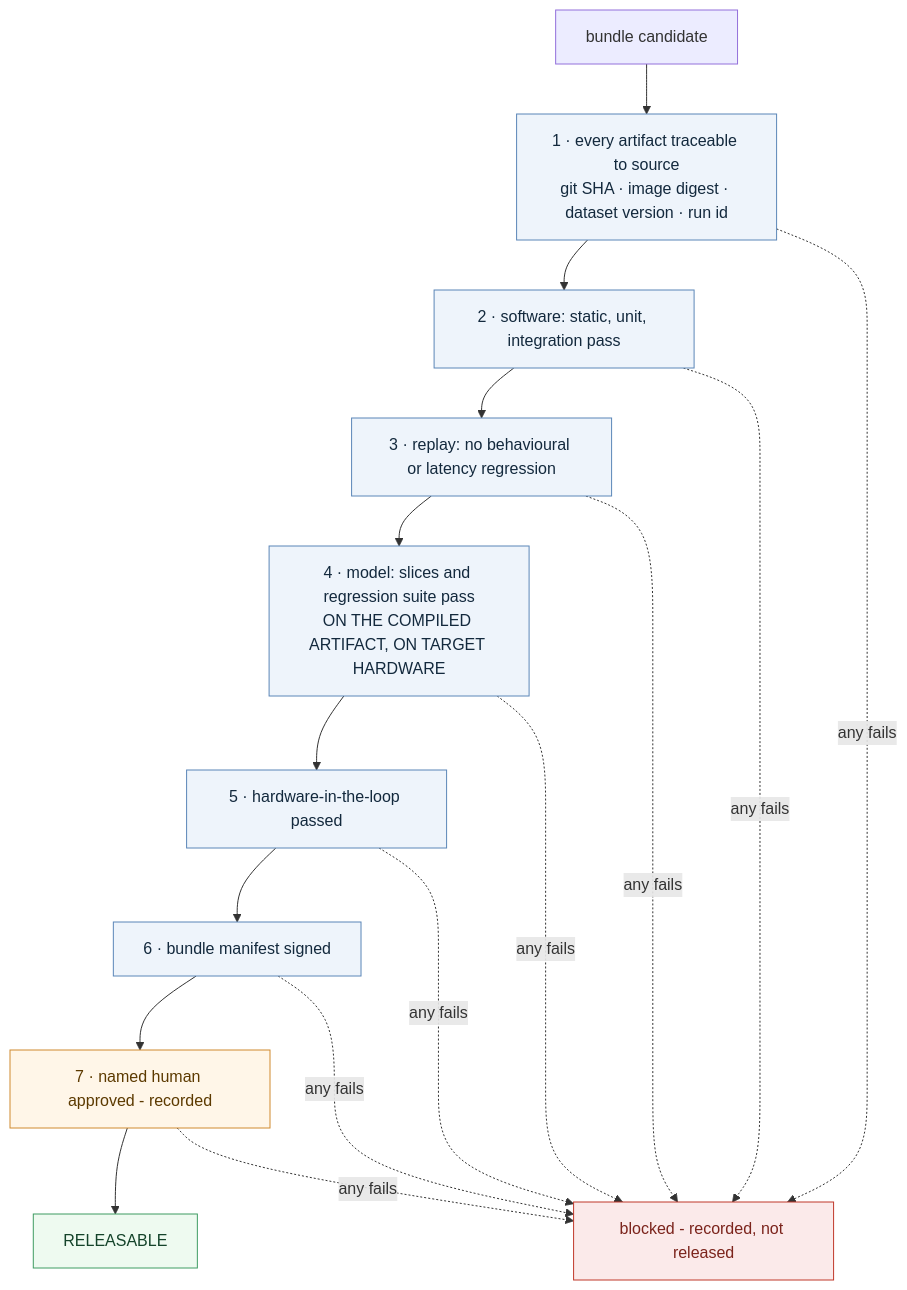
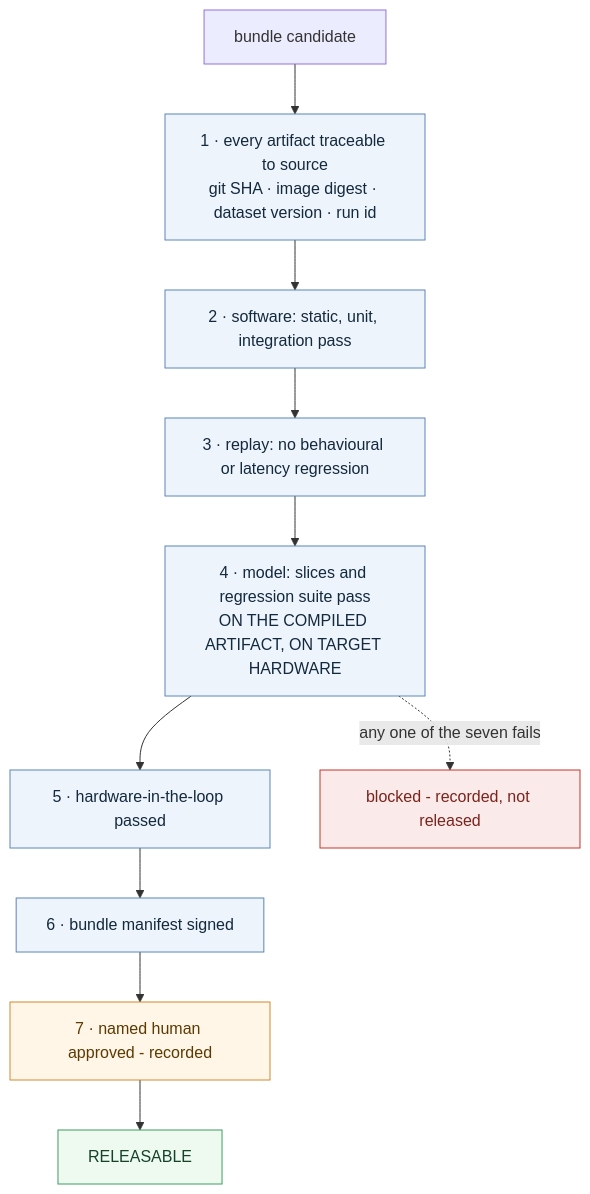
Before and after one commit to nakshatravyas/zensomy-data-flywheel: the second of 2 diagrams in .site/docs/design-document.md, drawn with Mermaid. The commit also changed other lines of this file and 1 other file, not shown here.

Commit message:
Design document: plainer wording in nine places, simpler gate diagram

````diff
--- a/.site/docs/design-document.md
+++ b/.site/docs/design-document.md
@@ -237,25 +237,25 @@
 ```mermaid
 graph TB
     B["bundle candidate"]
     C1["1 · every artifact traceable to source<br/>git SHA · image digest · dataset version · run id"]
     C2["2 · software: static, unit, integration pass"]
     C3["3 · replay: no behavioural or latency regression"]
     C4["4 · model: slices and regression suite pass<br/>ON THE COMPILED ARTIFACT, ON TARGET HARDWARE"]
     C5["5 · hardware-in-the-loop passed"]
     C6["6 · bundle manifest signed"]
     C7["7 · named human approved - recorded"]
     REL["RELEASABLE"]
     NO["blocked - recorded, not released"]
 
     B --> C1 --> C2 --> C3 --> C4 --> C5 --> C6 --> C7 --> REL
-    C1 & C2 & C3 & C4 & C5 & C6 & C7 -.->|"any fails"| NO
+    C4 -.->|"any one of the seven fails"| NO
 
     classDef auto fill:#eef4fb,stroke:#5b86b8,color:#13293d
     classDef human fill:#fff6e8,stroke:#d08a2e,color:#5c3a00
     classDef bad fill:#fbeaea,stroke:#c0392b,color:#7b241c
     classDef good fill:#eefaf0,stroke:#3f9c62,color:#14432a
     class C1,C2,C3,C4,C5,C6 auto
     class C7 human
     class NO bad
     class REL good
 ```
````
